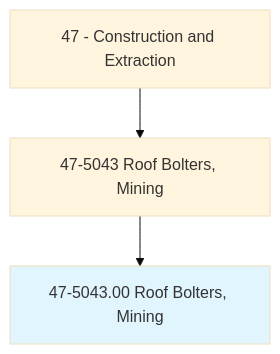
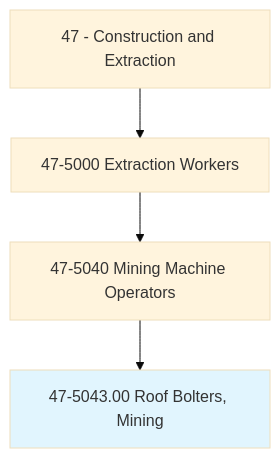
One commit to kziemski/business.org.ai changed the first of 4 diagrams in occupations/Construction/RoofBoltersMining.mdx. Above: the diagram before and after it, drawn with Mermaid (base theme). The commit also changed other lines of this file and 938 other files, not shown here.

````diff
--- a/occupations/Construction/RoofBoltersMining.mdx
+++ b/occupations/Construction/RoofBoltersMining.mdx
@@ -19,6 +23,7 @@
 ```mermaid
 graph TD
-    Cat47["47 - Construction and Extraction"] --> Group475043["47-5043 Roof Bolters, Mining"]
-    Group475043 --> Current["47-5043.00 Roof Bolters, Mining"]
+    Cat47["47 - Construction and Extraction"] --> Group475["47-5000 Extraction Workers"]
+    Group475 --> Group4750["47-5040 Mining Machine Operators"]
+    Group4750 --> Current["47-5043.00 Roof Bolters, Mining"]
     style Current fill:#e1f5fe
 ```
````
